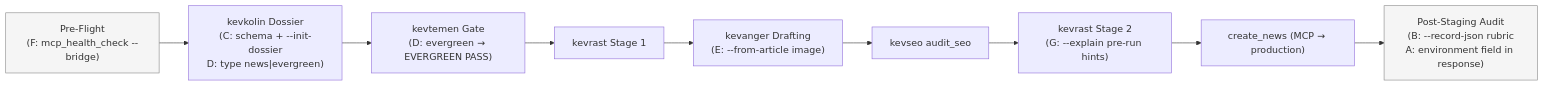
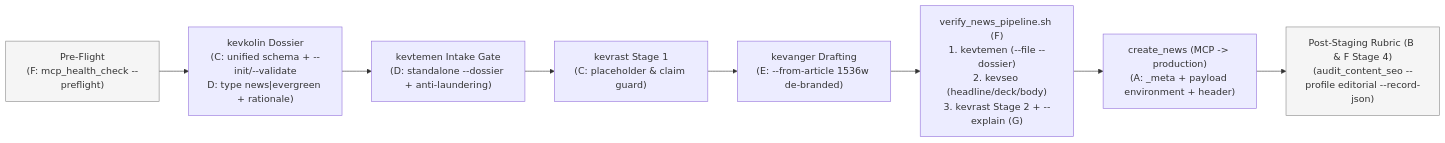
Before and after one commit to malpersaz/Bulletin: the diagram in docs/plan/v1.0.61-editorial-pipeline-tooling-hardening-plan.md, drawn with Mermaid. The commit also changed other lines of this file and 28 other files, not shown here.

First line of the commit message:
Release v1.0.61: Editorial pipeline tooling hardening (Components A–G)

````diff
--- a/docs/plan/v1.0.61-editorial-pipeline-tooling-hardening-plan.md
+++ b/docs/plan/v1.0.61-editorial-pipeline-tooling-hardening-plan.md
@@ -34,12 +35,13 @@
 ```mermaid
 flowchart LR
-    PF["Pre-Flight<br/>(F: mcp_health_check --bridge)"] --> K1
-    K1["kevkolin Dossier<br/>(C: schema + --init-dossier<br/>D: type news|evergreen)"] --> KT
-    KT["kevtemen Gate<br/>(D: evergreen → EVERGREEN PASS)"] --> KS1["kevrast Stage 1"]
-    KS1 --> KG["kevanger Drafting<br/>(E: --from-article image)"] --> KSEO["kevseo audit_seo"]
-    KSEO --> KS2["kevrast Stage 2<br/>(G: --explain pre-run hints)"] --> ST["create_news (MCP → production)"]
-    ST --> PA["Post-Staging Audit<br/>(B: --record-json rubric<br/>A: environment field in response)"]
+    PF["Pre-Flight<br/>(F: mcp_health_check --preflight)"] --> K1
+    K1["kevkolin Dossier<br/>(C: unified schema + --init/--validate<br/>D: type news|evergreen + rationale)"] --> KT
+    KT["kevtemen Intake Gate<br/>(D: standalone --dossier + anti-laundering)"] --> KS1["kevrast Stage 1<br/>(C: placeholder & claim guard)"]
+    KS1 --> KG["kevanger Drafting<br/>(E: --from-article 1536w de-branded)"]
+    KG --> VNP["verify_news_pipeline.sh (F)<br/>1. kevtemen (--file --dossier)<br/>2. kevseo (headline/deck/body)<br/>3. kevrast Stage 2 + --explain (G)"]
+    VNP --> ST["create_news (MCP -> production)<br/>(A: _meta + payload environment + header)"]
+    ST --> PA["Post-Staging Rubric (B & F Stage 4)<br/>(audit_content_seo --profile editorial --record-json)"]
 
     style PF fill:#f5f5f5,stroke:#888
     style PA fill:#f5f5f5,stroke:#888
 ```
````
